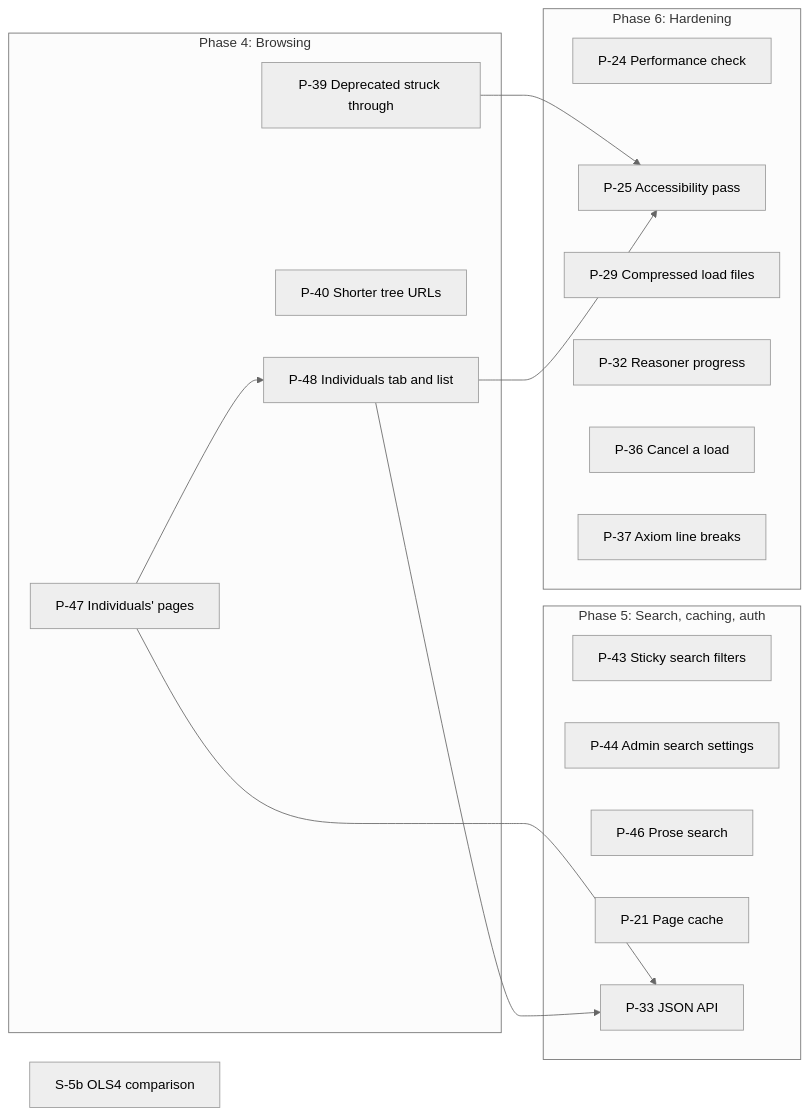
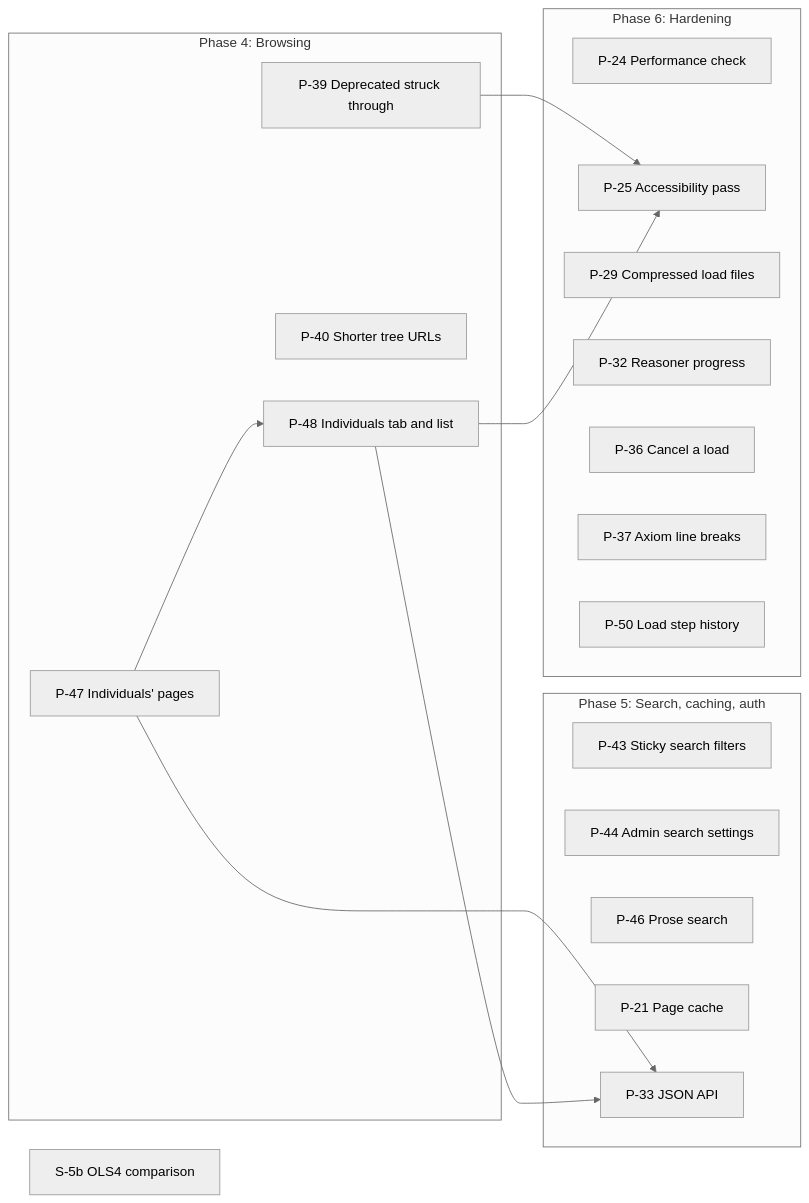
The diagram in docs/DESIGN.md (jclerman/browl), drawn with Mermaid (neutral theme) before and after one commit. The commit also changed other lines of this file, not shown here.

Commit message:
Add P-50 (load step history, #155) to the plan
#155 was opened as P-47 but never got a plan row, so the individuals plan
reused P-47. #155 is now P-50; this adds its row to Phase 6 and its node
to the remaining-work graph.

````diff
--- a/docs/DESIGN.md
+++ b/docs/DESIGN.md
@@ -2253,31 +2253,32 @@
 ```mermaid
 flowchart LR
     subgraph P4["Phase 4: Browsing"]
         P39["P-39 Deprecated struck through"]
         P40["P-40 Shorter tree URLs"]
         P47["P-47 Individuals' pages"]
         P48["P-48 Individuals tab and list"]
     end
     subgraph P5["Phase 5: Search, caching, auth"]
         P43["P-43 Sticky search filters"]
         P44["P-44 Admin search settings"]
         P46["P-46 Prose search"]
         P21["P-21 Page cache"]
         P33["P-33 JSON API"]
     end
     subgraph P6["Phase 6: Hardening"]
         P24["P-24 Performance check"]
         P25["P-25 Accessibility pass"]
         P29["P-29 Compressed load files"]
         P32["P-32 Reasoner progress"]
         P36["P-36 Cancel a load"]
         P37["P-37 Axiom line breaks"]
+        P50["P-50 Load step history"]
     end
     S5b["S-5b OLS4 comparison"]
 
     P39 --> P25
     P47 --> P48
     P47 --> P33
     P48 --> P33
     P48 --> P25
 ```
````
